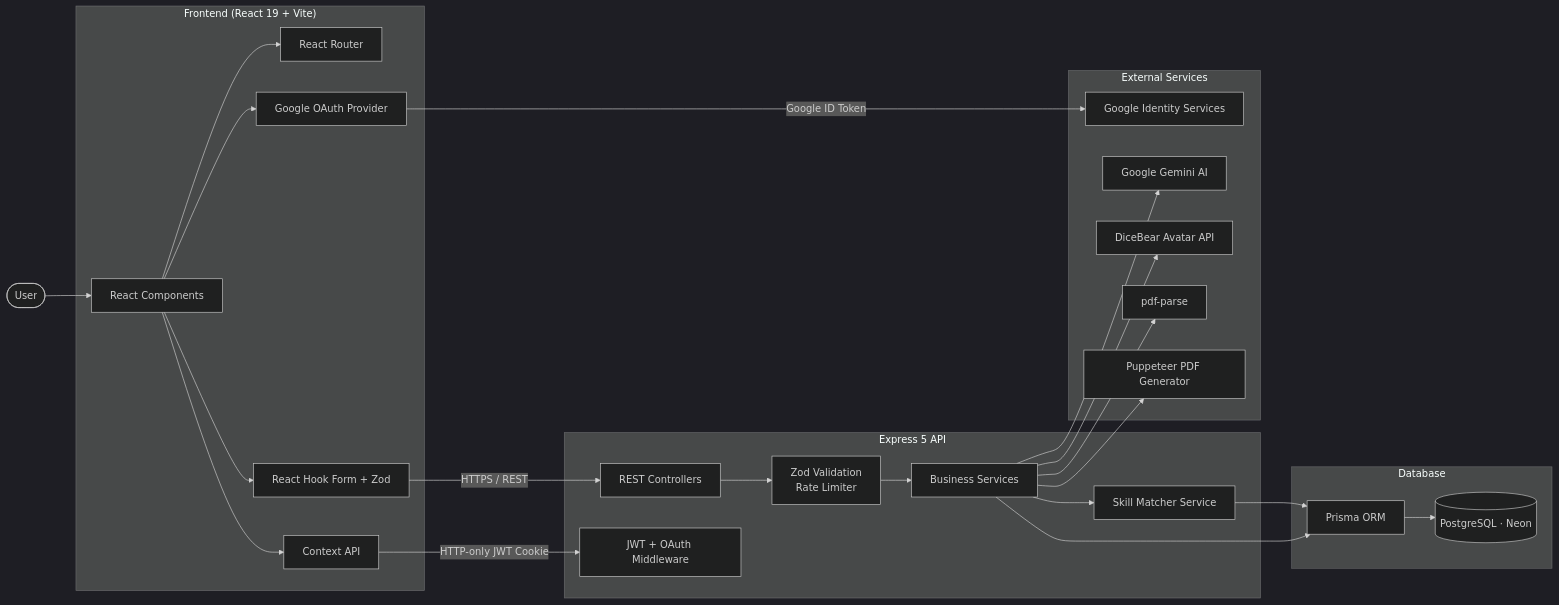
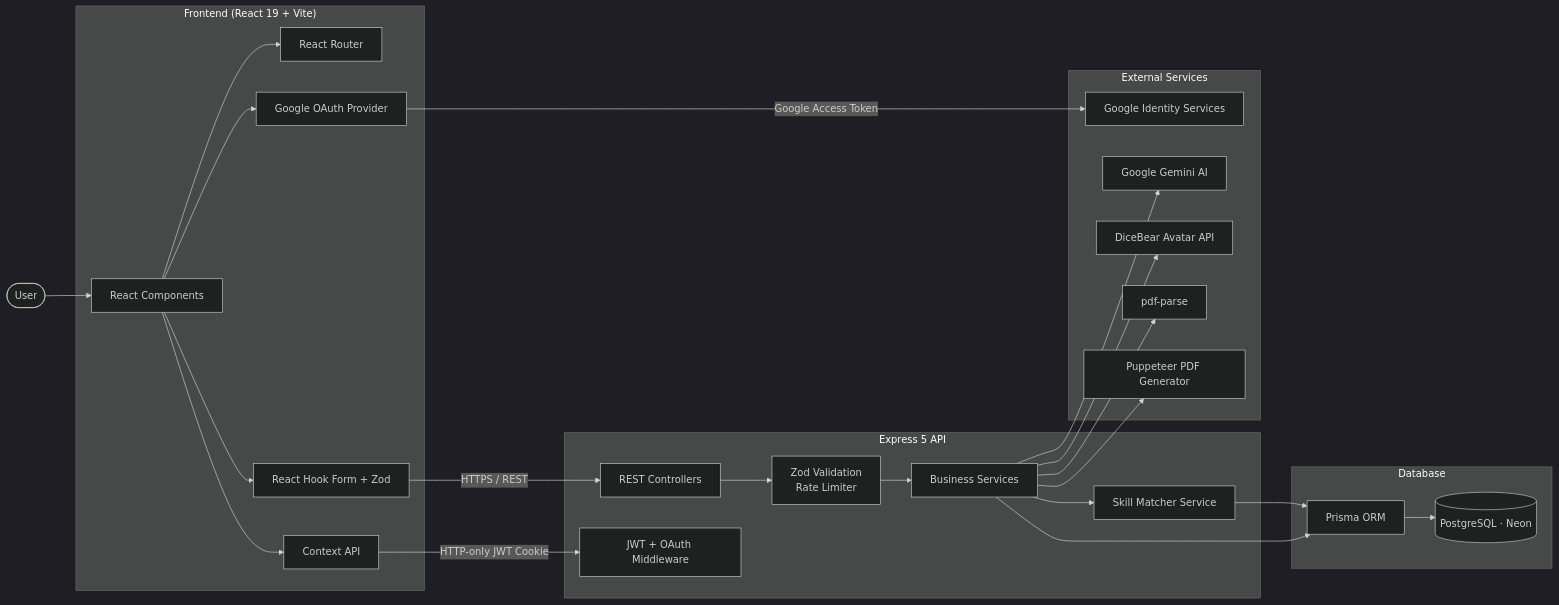
One commit to SahilSameer18/skillbridgeAI changed the diagram in README.md. Above: the diagram before and after it, drawn with Mermaid (dark theme). The commit also changed other lines of this file, not shown here.

Commit message:
updated readme with oauth, profile pic and avatar sync implementation

````diff
--- a/README.md
+++ b/README.md
@@ -55,57 +55,57 @@
 ```mermaid
 flowchart LR
 
     User([User])
 
     subgraph Frontend["Frontend (React 19 + Vite)"]
         UI[React Components]
         Router[React Router]
         Context[Context API]
         OAuth[Google OAuth Provider]
         Forms[React Hook Form + Zod]
     end
 
     subgraph Backend["Express 5 API"]
         API[REST Controllers]
         Auth[JWT + OAuth Middleware]
         Middleware[Zod Validation<br/>Rate Limiter]
         Services[Business Services]
         Matcher[Skill Matcher Service]
     end
 
     subgraph Database["Database"]
         Prisma[Prisma ORM]
         DB[(PostgreSQL · Neon)]
     end
 
     subgraph External["External Services"]
         GoogleOAuth[Google Identity Services]
         Gemini[Google Gemini AI]
         DiceBear[DiceBear Avatar API]
         Parser[pdf-parse]
         PDF[Puppeteer PDF Generator]
     end
 
     User --> UI
     UI --> Router
     UI --> Context
     UI --> OAuth
     UI --> Forms
 
-    OAuth -->|Google ID Token| GoogleOAuth
+    OAuth -->|Google Access Token| GoogleOAuth
     Forms -->|HTTPS / REST| API
     Context -->|HTTP-only JWT Cookie| Auth
 
     API --> Middleware
     Middleware --> Services
 
     Services --> Gemini
     Services --> Parser
     Services --> PDF
     Services --> Matcher
     Services --> DiceBear
 
     Matcher --> Prisma
     Services --> Prisma
     Prisma --> DB
 ```
````
